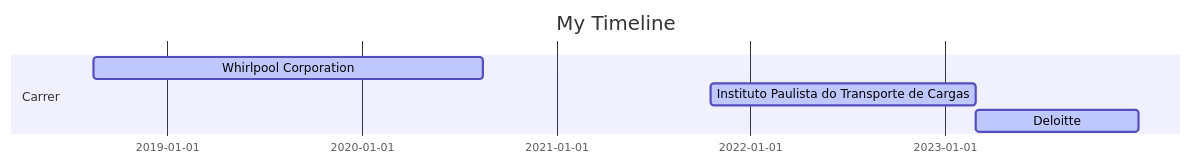
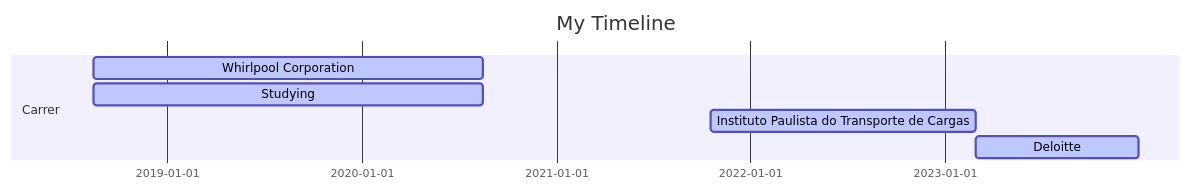
The diagram in README.md (brncarvalho/brncarvalho), drawn with Mermaid before and after one commit.

````diff
--- a/README.md
+++ b/README.md
@@ -3,10 +3,11 @@
 ```mermaid
 gantt
     dateFormat  YYYY-MM-DD
     title My Timeline
 
     section Carrer
     Whirlpool Corporation :active,, 2018-08-15,2020-08-15
+    Studying :active,, 2018-08-15,2020-08-15
     Instituto Paulista do Transporte de Cargas :active,, 2021-10-18,2023-03-01
     Deloitte :active,, 2023-03-01,2023-12-31  
 ```
````
